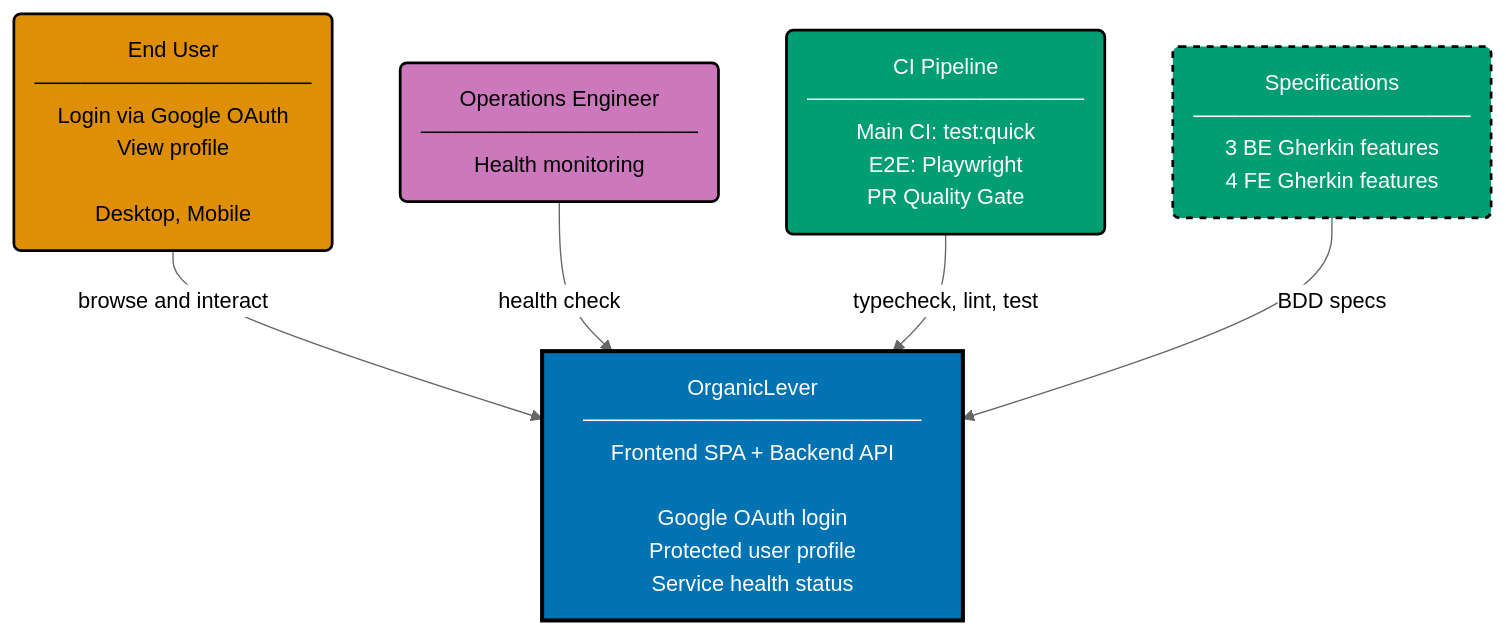
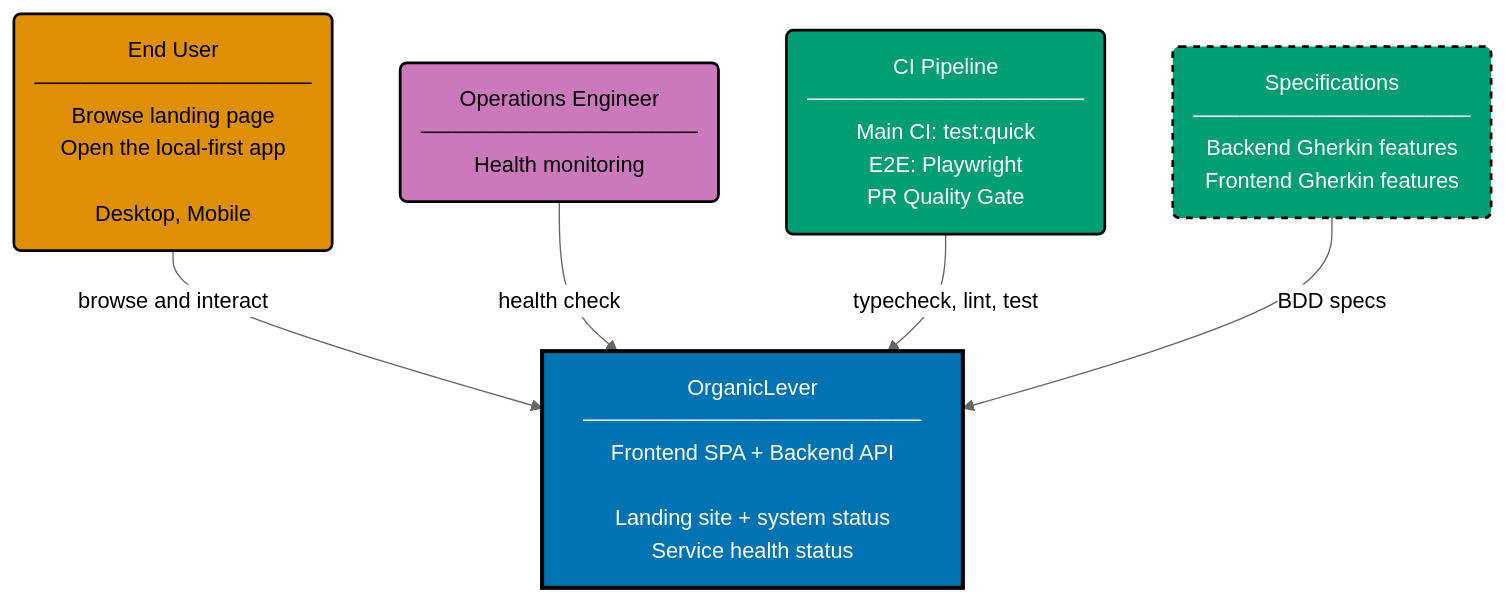
The diagram in specs/apps/organiclever/c4/context.md (wahidyankf/open-sharia-enterprise), drawn with Mermaid (neutral theme) before and after one commit. The commit also changed other lines of this file and 4 other files, not shown here.

First line of the commit message:
docs(organiclever-c4): strip auth components from container, context, and component diagrams

````diff
--- a/specs/apps/organiclever/c4/context.md
+++ b/specs/apps/organiclever/c4/context.md
@@ -6,24 +7,24 @@
 ```mermaid
 %% Color Palette: Blue #0173B2 | Orange #DE8F05 | Teal #029E73 | Purple #CC78BC | Brown #CA9161 | Gray #808080
 graph TD
-    EU("End User<br/>──────────────────<br/>Login via Google OAuth<br/>View profile<br/><br/>Desktop, Mobile"):::actor
+    EU("End User<br/>──────────────────<br/>Browse landing page<br/>Open the local-first app<br/><br/>Desktop, Mobile"):::actor
 
     OPS("Operations Engineer<br/>──────────────────<br/>Health monitoring"):::actor_ops
 
-    SYSTEM["OrganicLever<br/>──────────────────────<br/>Frontend SPA + Backend API<br/><br/>Google OAuth login<br/>Protected user profile<br/>Service health status"]:::system
+    SYSTEM["OrganicLever<br/>──────────────────────<br/>Frontend SPA + Backend API<br/><br/>Landing site + system status<br/>Service health status"]:::system
 
     CI("CI Pipeline<br/>──────────────────<br/>Main CI: test:quick<br/>E2E: Playwright<br/>PR Quality Gate"):::ci
 
-    SPEC("Specifications<br/>──────────────────<br/>3 BE Gherkin features<br/>4 FE Gherkin features"):::spec
+    SPEC("Specifications<br/>──────────────────<br/>Backend Gherkin features<br/>Frontend Gherkin features"):::spec
 
     EU -->|"browse and interact"| SYSTEM
     OPS -->|"health check"| SYSTEM
     CI -->|"typecheck, lint, test"| SYSTEM
     SPEC -->|"BDD specs"| SYSTEM
 
     classDef actor fill:#DE8F05,stroke:#000000,color:#000000,stroke-width:2px
     classDef actor_ops fill:#CC78BC,stroke:#000000,color:#000000,stroke-width:2px
     classDef system fill:#0173B2,stroke:#000000,color:#FFFFFF,stroke-width:3px
     classDef ci fill:#029E73,stroke:#000000,color:#FFFFFF,stroke-width:2px
     classDef spec fill:#029E73,stroke:#000000,color:#FFFFFF,stroke-width:2px,stroke-dasharray:5 5
 ```
````
